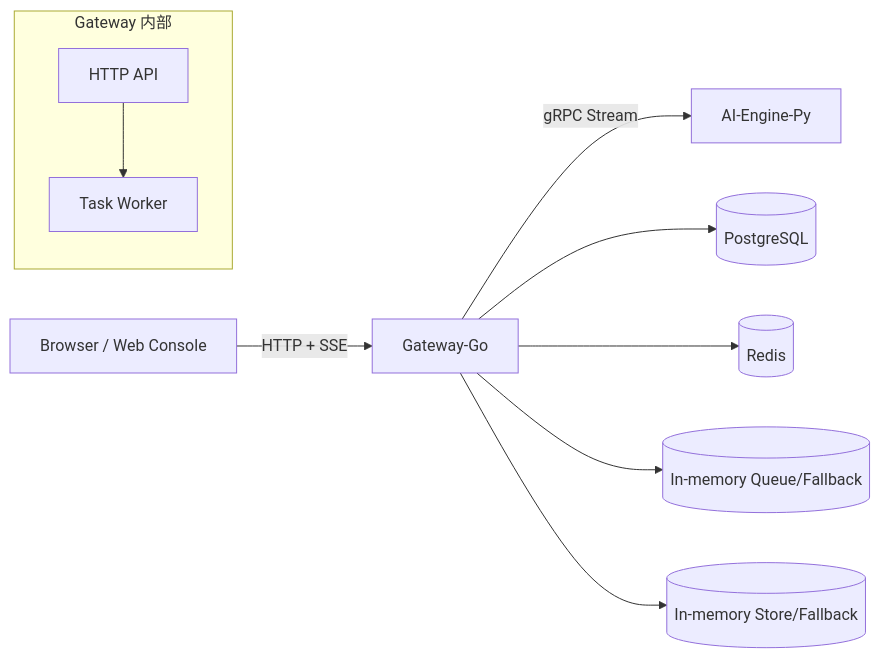
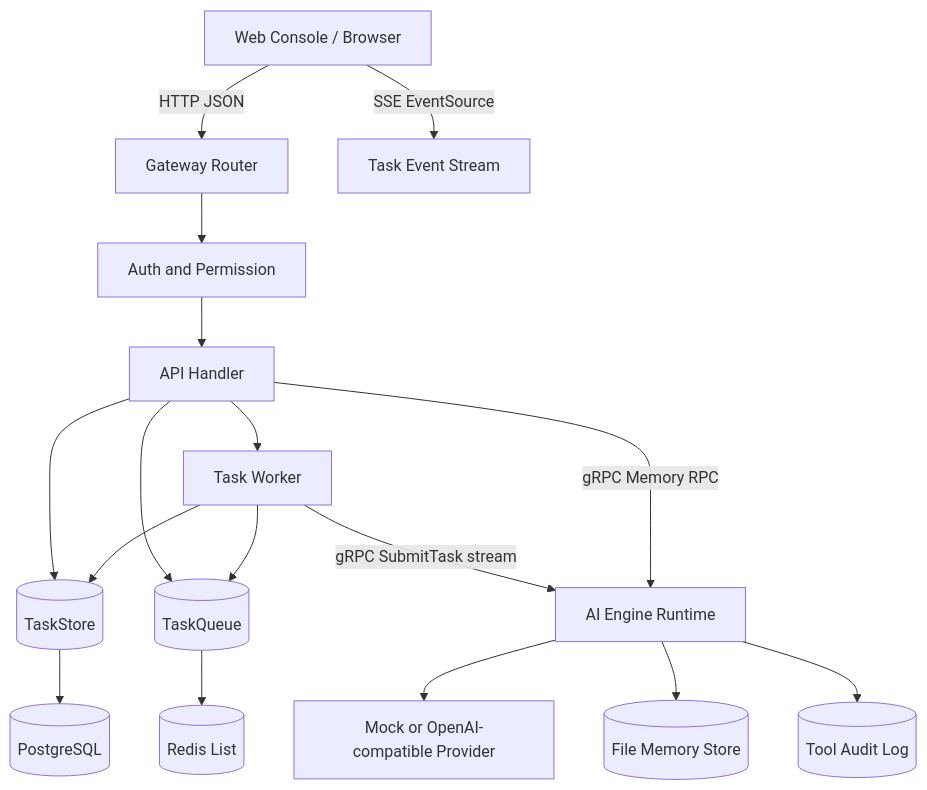
The diagram in README.md (SymphonyW/Synapse), drawn with Mermaid before and after one commit. The commit also changed other lines of this file and 16 other files, not shown here.

````diff
--- a/README.md
+++ b/README.md
@@ -43,15 +57,19 @@
 ```mermaid
-flowchart LR
-    U[Browser / Web Console] -->|HTTP + SSE| G[Gateway-Go]
-    G -->|gRPC Stream| A[AI-Engine-Py]
-    G --> P[(PostgreSQL)]
-    G --> R[(Redis)]
-    G --> Q[(In-memory Queue/Fallback)]
-    G --> S[(In-memory Store/Fallback)]
-
-    subgraph Gateway 内部
-        API[HTTP API]
-        W[Task Worker]
-        API --> W
-    end
+flowchart TD
+    Browser[Web Console / Browser] -->|HTTP JSON| Router[Gateway Router]
+    Browser -->|SSE EventSource| SSE[Task Event Stream]
+    Router --> Auth[Auth and Permission]
+    Auth --> Handler[API Handler]
+    Handler --> Store[(TaskStore)]
+    Handler --> Queue[(TaskQueue)]
+    Handler --> Worker[Task Worker]
+    Worker --> Queue
+    Worker --> Store
+    Worker -->|gRPC SubmitTask stream| AI[AI Engine Runtime]
+    Handler -->|gRPC Memory RPC| AI
+    AI --> Model[Mock or OpenAI-compatible Provider]
+    AI --> Memory[(File Memory Store)]
+    AI --> Audit[(Tool Audit Log)]
+    Store --> Postgres[(PostgreSQL)]
+    Queue --> Redis[(Redis List)]
 ```
````
